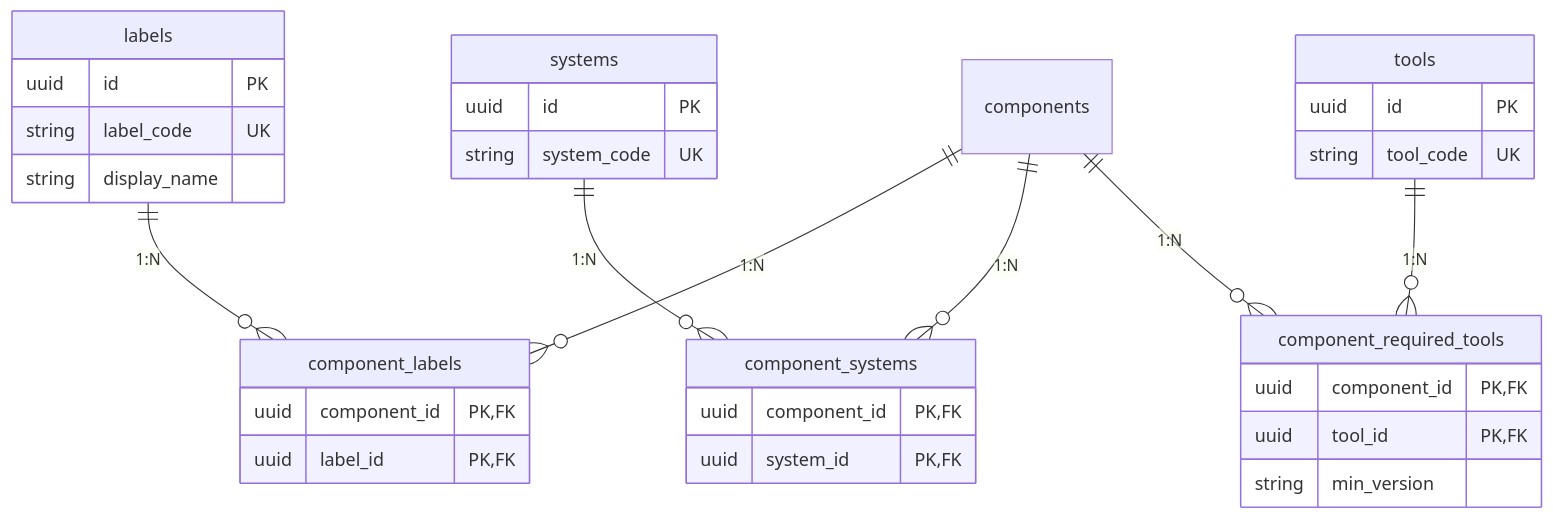
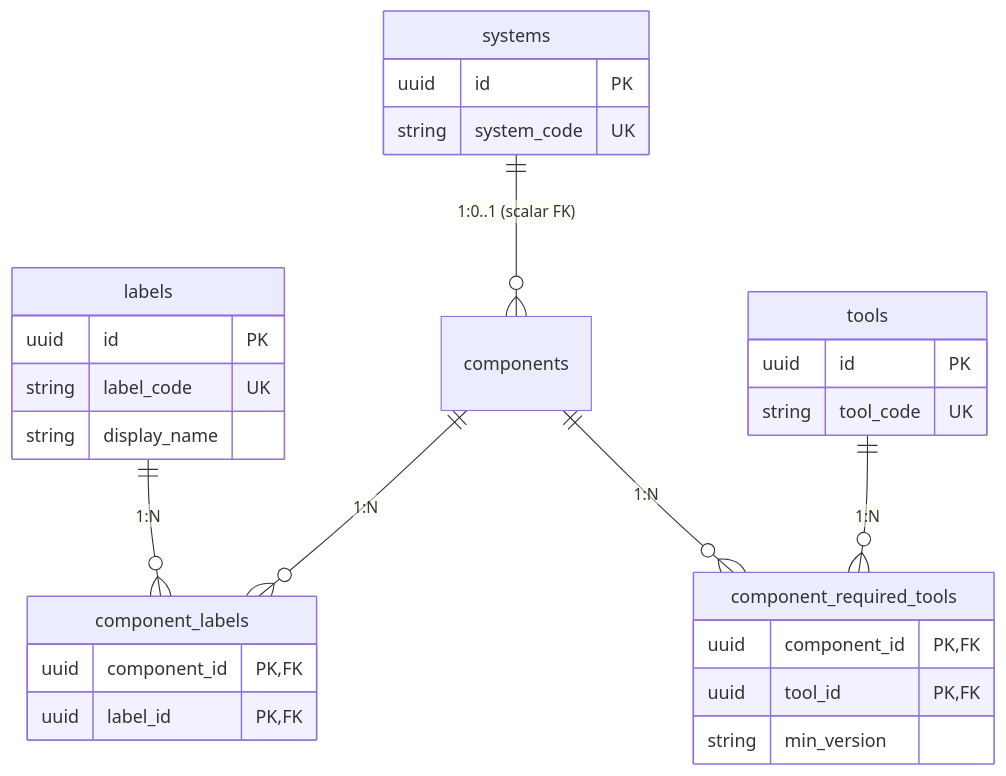
One commit to octopusden/octopus-components-registry-service changed the second of 3 diagrams in docs/registry/diagrams/erd.md. Above: the diagram before and after it, drawn with Mermaid. The commit also changed other lines of this file and 31 other files, not shown here.

First line of the commit message:
refactor(v4): Component.systems Set<String> → Component.system scalar (#301)

````diff
--- a/docs/registry/diagrams/erd.md
+++ b/docs/registry/diagrams/erd.md
@@ -70,38 +70,33 @@
 ```mermaid
 erDiagram
     labels ||--o{ component_labels : "1:N"
-    systems ||--o{ component_systems : "1:N"
+    systems ||--o{ components : "1:0..1 (scalar FK)"
     tools ||--o{ component_required_tools : "1:N"
 
     components ||--o{ component_labels : "1:N"
-    components ||--o{ component_systems : "1:N"
     components ||--o{ component_required_tools : "1:N"
 
     labels {
         uuid id PK
         string label_code UK
         string display_name
     }
     systems {
         uuid id PK
         string system_code UK
     }
     tools {
         uuid id PK
         string tool_code UK
     }
 
     component_labels {
         uuid component_id PK,FK
         uuid label_id PK,FK
     }
-    component_systems {
-        uuid component_id PK,FK
-        uuid system_id PK,FK
-    }
     component_required_tools {
         uuid component_id PK,FK
         uuid tool_id PK,FK
         string min_version
     }
 ```
````
